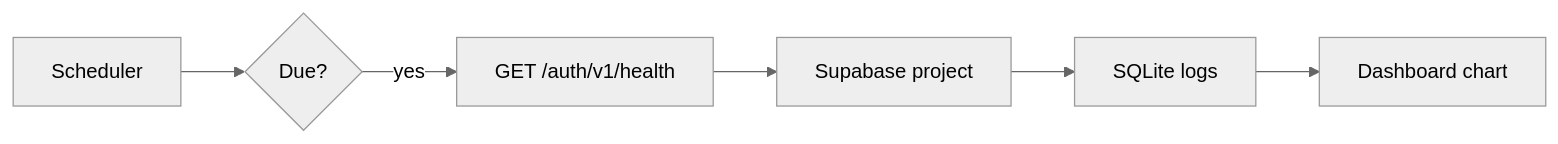
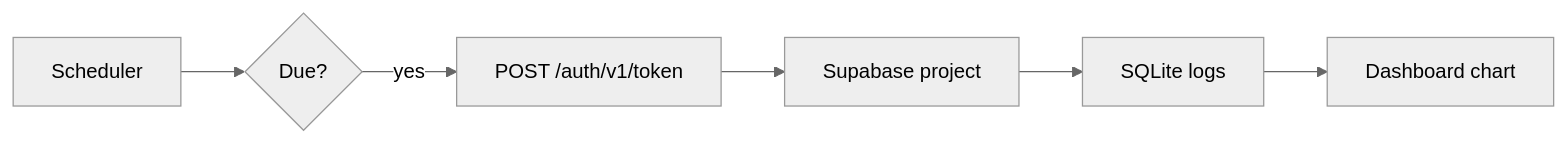
Before and after one commit to flogesell/keepsupabasealive: the diagram in README.md, drawn with Mermaid (neutral theme). The commit also changed other lines of this file and 11 other files, not shown here.

Commit message:
fix: use auth token endpoint to prevent Supabase project pausing

````diff
--- a/README.md
+++ b/README.md
@@ -61,8 +61,8 @@
 ```mermaid
 flowchart LR
   A[Scheduler] --> B{Due?}
-  B -->|yes| C["GET /auth/v1/health"]
+  B -->|yes| C["POST /auth/v1/token"]
   C --> D[Supabase project]
   D --> E[SQLite logs]
   E --> F[Dashboard chart]
 ```
````
